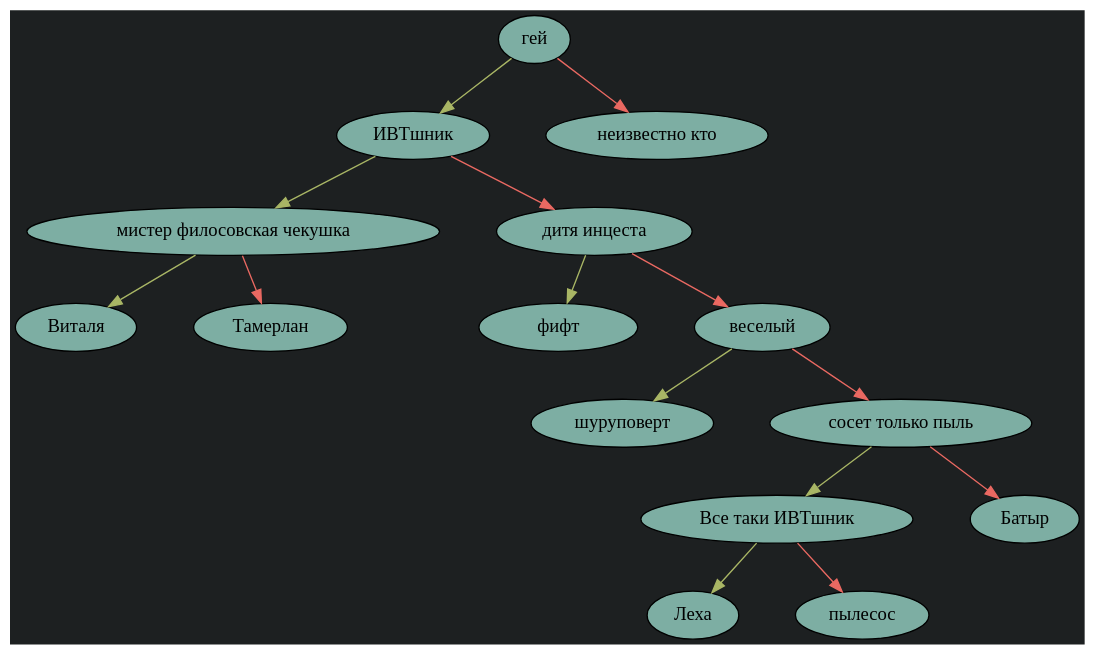
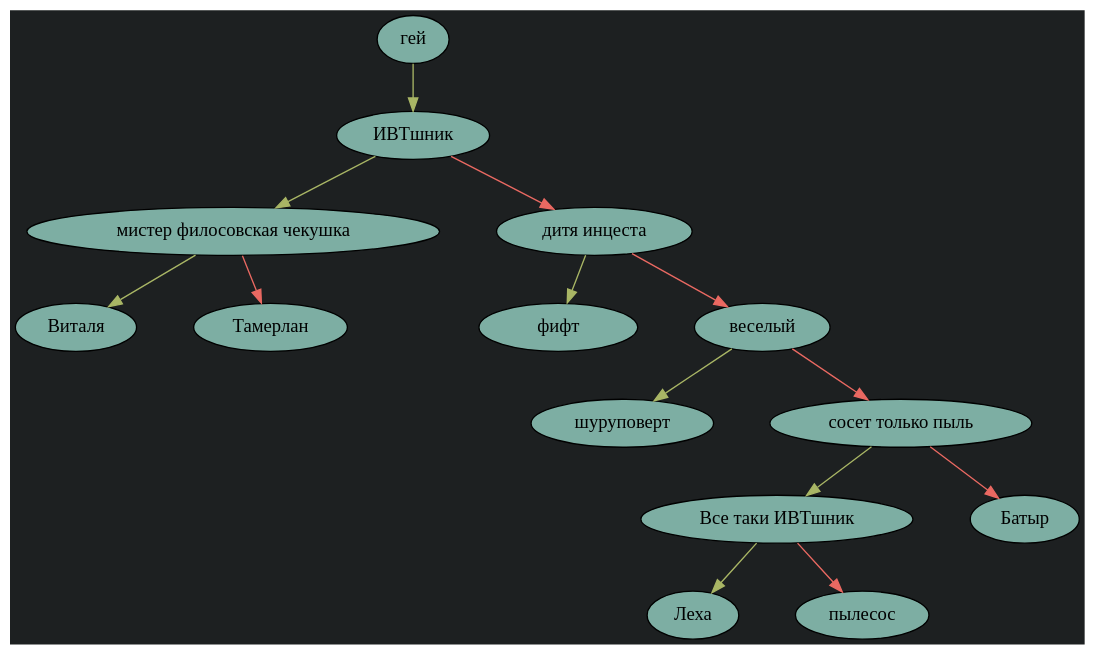
The diagram in logs/dot/graph.dot (Tamik13/AKINATOR), drawn with Graphviz before and after one commit. The commit also changed 7 other files, not shown here.

```diff
--- a/logs/dot/graph.dot
+++ b/logs/dot/graph.dot
@@ -1,34 +1,32 @@
 digraph {
 	bgcolor="#1d2021";
 	nodesep=0.6
 	rank_sep=1.0
-	node0x603000001d80 [style=filled; fillcolor="#7daea3" label = "гей"]
-	node0x603000001d80 -> node0x603000001e40 [color="#a9b665"]
-	node0x603000001d80 -> node0x603000002890 [color="#ea6962"]
-	node0x603000001e40 [style=filled; fillcolor="#7daea3" label = "ИВТшник"]
-	node0x603000001e40 -> node0x603000001ed0 [color="#a9b665"]
-	node0x603000001e40 -> node0x603000002110 [color="#ea6962"]
-	node0x603000001ed0 [style=filled; fillcolor="#7daea3" label = "мистер филосовская чекушка"]
-	node0x603000001ed0 -> node0x603000001f00 [color="#a9b665"]
-	node0x603000001ed0 -> node0x603000001ff0 [color="#ea6962"]
-	node0x603000001f00 [style=filled; fillcolor="#7daea3" label = "Виталя"]
-	node0x603000001ff0 [style=filled; fillcolor="#7daea3" label = "Тамерлан"]
-	node0x603000002110 [style=filled; fillcolor="#7daea3" label = "дитя инцеста"]
-	node0x603000002110 -> node0x603000002260 [color="#a9b665"]
-	node0x603000002110 -> node0x6030000023b0 [color="#ea6962"]
-	node0x603000002260 [style=filled; fillcolor="#7daea3" label = "	фифт"]
-	node0x6030000023b0 [style=filled; fillcolor="#7daea3" label = "веселый"]
-	node0x6030000023b0 -> node0x6030000024d0 [color="#a9b665"]
-	node0x6030000023b0 -> node0x6030000025f0 [color="#ea6962"]
-	node0x6030000024d0 [style=filled; fillcolor="#7daea3" label = "шуруповерт"]
-	node0x6030000025f0 [style=filled; fillcolor="#7daea3" label = "сосет только пыль"]
-	node0x6030000025f0 -> node0x603000002710 [color="#a9b665"]
-	node0x6030000025f0 -> node0x603000002830 [color="#ea6962"]
-	node0x603000002710 [style=filled; fillcolor="#7daea3" label = "Все таки ИВТшник"]
-	node0x603000002710 -> node0x6030000028f0 [color="#a9b665"]
-	node0x603000002710 -> node0x603000002950 [color="#ea6962"]
-	node0x6030000028f0 [style=filled; fillcolor="#7daea3" label = "Леха"]
-	node0x603000002950 [style=filled; fillcolor="#7daea3" label = "пылесос"]
-	node0x603000002830 [style=filled; fillcolor="#7daea3" label = "Батыр"]
-	node0x603000002890 [style=filled; fillcolor="#7daea3" label = "неизвестно кто"]
+	node0x604000000650 [style=filled; fillcolor="#7daea3" label = "гей"]
+	node0x604000000650 -> node0x604000000690 [color="#a9b665"]
+	node0x604000000690 [style=filled; fillcolor="#7daea3" label = "ИВТшник"]
+	node0x604000000690 -> node0x604000000710 [color="#a9b665"]
+	node0x604000000690 -> node0x604000000950 [color="#ea6962"]
+	node0x604000000710 [style=filled; fillcolor="#7daea3" label = "мистер филосовская чекушка"]
+	node0x604000000710 -> node0x6040000007d0 [color="#a9b665"]
+	node0x604000000710 -> node0x6040000008d0 [color="#ea6962"]
+	node0x6040000007d0 [style=filled; fillcolor="#7daea3" label = "Виталя"]
+	node0x6040000008d0 [style=filled; fillcolor="#7daea3" label = "Тамерлан"]
+	node0x604000000950 [style=filled; fillcolor="#7daea3" label = "дитя инцеста"]
+	node0x604000000950 -> node0x604000000a10 [color="#a9b665"]
+	node0x604000000950 -> node0x604000000ad0 [color="#ea6962"]
+	node0x604000000a10 [style=filled; fillcolor="#7daea3" label = "	фифт"]
+	node0x604000000ad0 [style=filled; fillcolor="#7daea3" label = "веселый"]
+	node0x604000000ad0 -> node0x604000000b90 [color="#a9b665"]
+	node0x604000000ad0 -> node0x604000000c50 [color="#ea6962"]
+	node0x604000000b90 [style=filled; fillcolor="#7daea3" label = "шуруповерт"]
+	node0x604000000c50 [style=filled; fillcolor="#7daea3" label = "сосет только пыль"]
+	node0x604000000c50 -> node0x604000000d10 [color="#a9b665"]
+	node0x604000000c50 -> node0x604000000fd0 [color="#ea6962"]
+	node0x604000000d10 [style=filled; fillcolor="#7daea3" label = "Все таки ИВТшник"]
+	node0x604000000d10 -> node0x604000000dd0 [color="#a9b665"]
+	node0x604000000d10 -> node0x604000000ed0 [color="#ea6962"]
+	node0x604000000dd0 [style=filled; fillcolor="#7daea3" label = "Леха"]
+	node0x604000000ed0 [style=filled; fillcolor="#7daea3" label = "пылесос"]
+	node0x604000000fd0 [style=filled; fillcolor="#7daea3" label = "Батыр"]
 }
```
